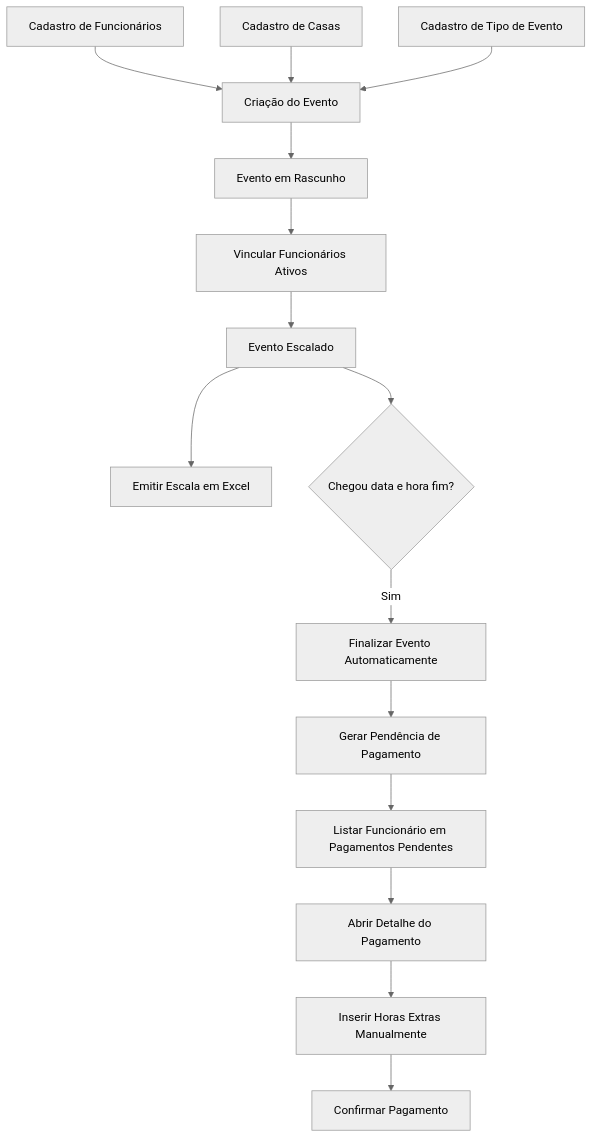
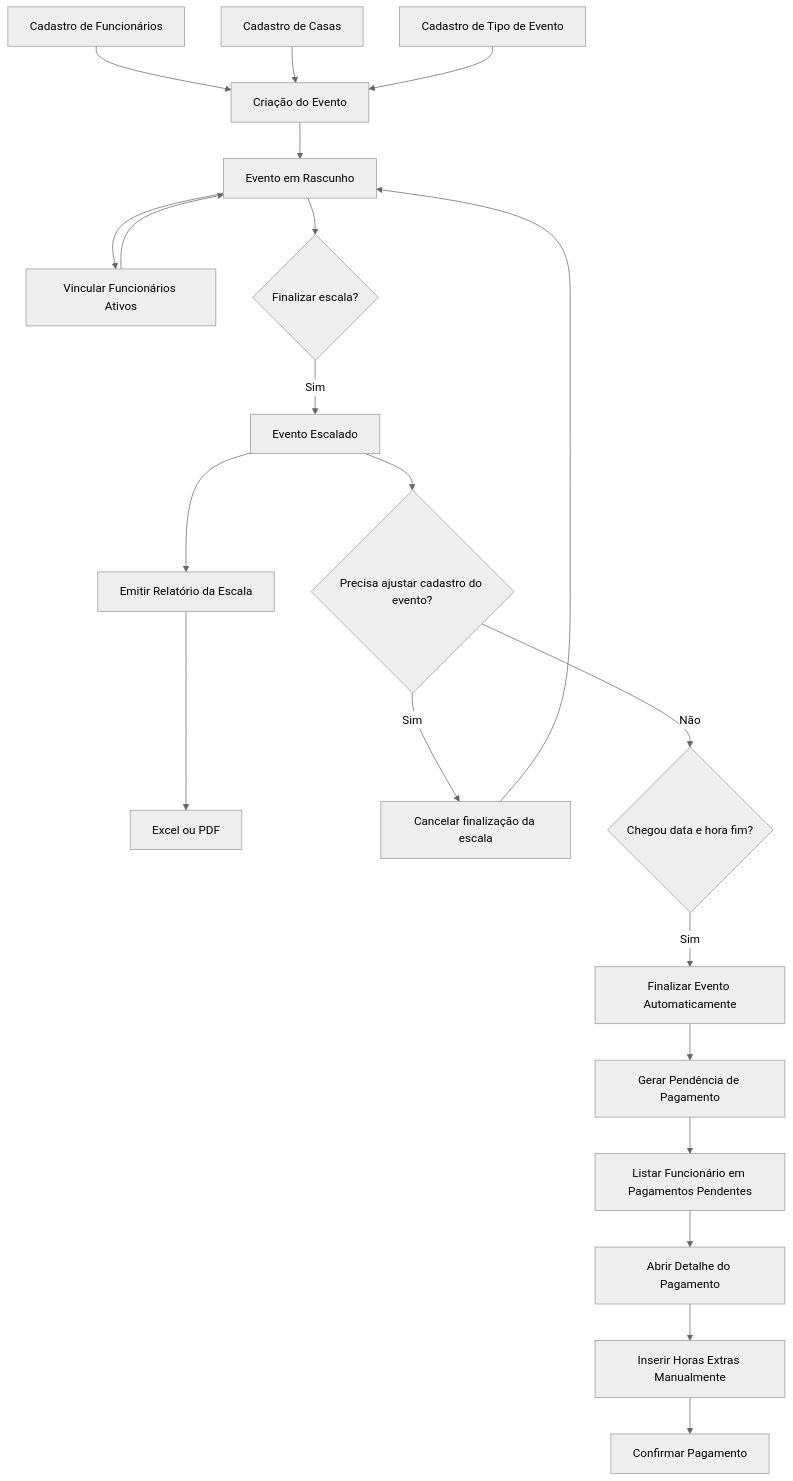
Before and after one commit to AntonioNetoOl/tag-gestao-seguranca: the first of 6 diagrams in docs/modelagem/fluxos.md, drawn with Mermaid (neutral theme). The commit also changed other lines of this file, not shown here.

Commit message:
docs: atualizar fluxos de operacao e escala

````diff
--- a/docs/modelagem/fluxos.md
+++ b/docs/modelagem/fluxos.md
@@ -5,17 +5,23 @@
 ```mermaid
 flowchart TD
     A[Cadastro de Funcionários] --> D[Criação do Evento]
     B[Cadastro de Casas] --> D
     C[Cadastro de Tipo de Evento] --> D
     D --> E[Evento em Rascunho]
     E --> F[Vincular Funcionários Ativos]
-    F --> G[Evento Escalado]
-    G --> H[Emitir Escala em Excel]
-    G --> I{Chegou data e hora fim?}
-    I -- Sim --> J[Finalizar Evento Automaticamente]
-    J --> K[Gerar Pendência de Pagamento]
-    K --> L[Listar Funcionário em Pagamentos Pendentes]
-    L --> M[Abrir Detalhe do Pagamento]
-    M --> N[Inserir Horas Extras Manualmente]
-    N --> O[Confirmar Pagamento]
+    F --> E
+    E --> G{Finalizar escala?}
+    G -- Sim --> H[Evento Escalado]
+    H --> I[Emitir Relatório da Escala]
+    I --> I1[Excel ou PDF]
+    H --> J{Precisa ajustar cadastro do evento?}
+    J -- Sim --> K[Cancelar finalização da escala]
+    K --> E
+    J -- Não --> L{Chegou data e hora fim?}
+    L -- Sim --> M[Finalizar Evento Automaticamente]
+    M --> N[Gerar Pendência de Pagamento]
+    N --> O[Listar Funcionário em Pagamentos Pendentes]
+    O --> P[Abrir Detalhe do Pagamento]
+    P --> Q[Inserir Horas Extras Manualmente]
+    Q --> R[Confirmar Pagamento]
 ```
````
